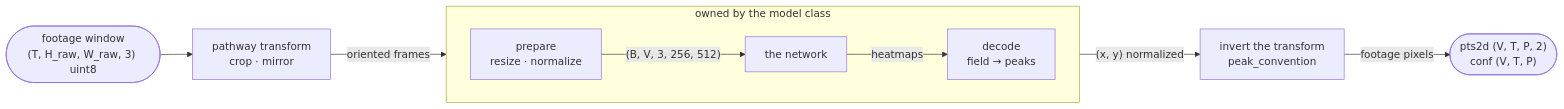
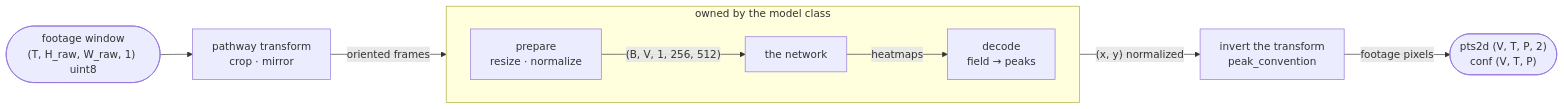
The first of 7 diagrams in docs/explanation/detectors.md (NeLy-EPFL/deeperfly), drawn with Mermaid before and after one commit. The commit also changed other lines of this file and 17 other files, not shown here.

````diff
--- a/docs/explanation/detectors.md
+++ b/docs/explanation/detectors.md
@@ -24,22 +86,22 @@
 ```mermaid
 flowchart LR
-  win(["footage window<br>(T, H_raw, W_raw, 3) uint8"])
+  win(["footage window<br>(T, H_raw, W_raw, 1) uint8"])
   tf["pathway transform<br>crop · mirror"]
 
   subgraph OWN["owned by the model class"]
     direction LR
     prep["prepare<br>resize · normalize"]
     net["the network"]
     dec["decode<br>field → peaks"]
   end
 
   inv["invert the transform<br>peak_convention"]
   out(["pts2d (V, T, P, 2)<br>conf (V, T, P)"])
 
   win --> tf
   tf -->|"oriented frames"| prep
-  prep -->|"(B, V, 3, 256, 512)"| net
+  prep -->|"(B, V, 1, 256, 512)"| net
   net -->|"heatmaps"| dec
   dec -->|"(x, y) normalized"| inv
   inv -->|"footage pixels"| out
 ```
````
